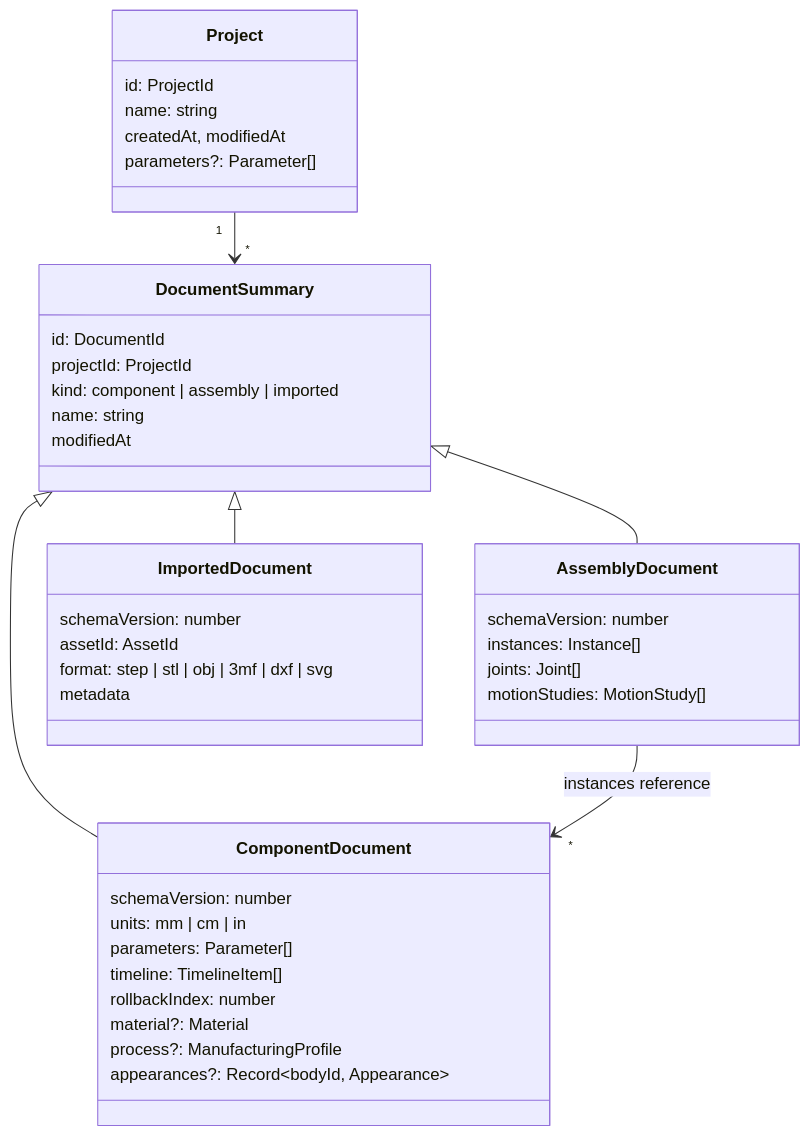
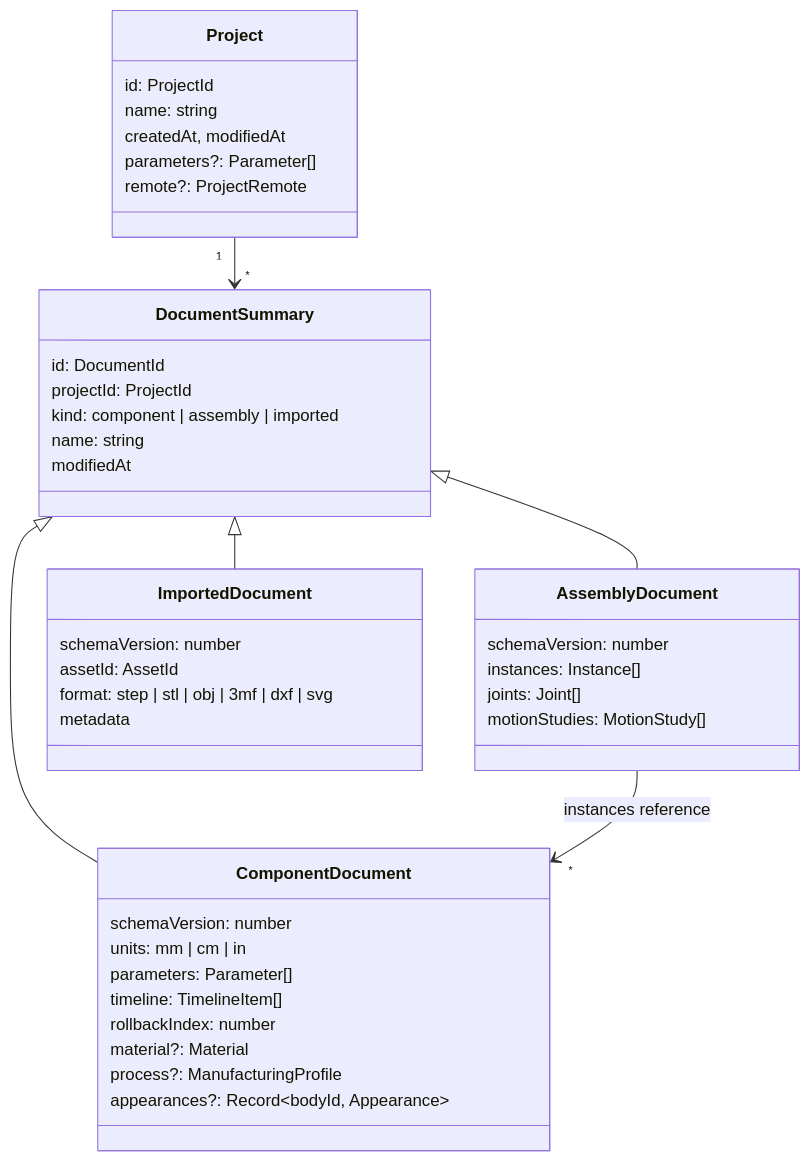
Before and after one commit to h3ll5ur7er/CADence: the diagram in docs/Architecture/Document-model.md, drawn with Mermaid. The commit also changed other lines of this file and 31 other files, not shown here.

First line of the commit message:
CAD-54: Git sync of projects: a remote per project, push, pull and per-document merges with conflict choices, open from git; Phase 13 in the wiki (guide, ADR-30)

````diff
--- a/docs/Architecture/Document-model.md
+++ b/docs/Architecture/Document-model.md
@@ -9,43 +9,44 @@
 ```mermaid
 classDiagram
   class Project {
     id: ProjectId
     name: string
     createdAt, modifiedAt
     parameters?: Parameter[]
+    remote?: ProjectRemote
   }
   class DocumentSummary {
     id: DocumentId
     projectId: ProjectId
     kind: component | assembly | imported
     name: string
     modifiedAt
   }
   class ComponentDocument {
     schemaVersion: number
     units: mm | cm | in
     parameters: Parameter[]
     timeline: TimelineItem[]
     rollbackIndex: number
     material?: Material
     process?: ManufacturingProfile
     appearances?: Record~bodyId, Appearance~
   }
   class AssemblyDocument {
     schemaVersion: number
     instances: Instance[]
     joints: Joint[]
     motionStudies: MotionStudy[]
   }
   class ImportedDocument {
     schemaVersion: number
     assetId: AssetId
     format: step | stl | obj | 3mf | dxf | svg
     metadata
   }
   Project "1" --> "*" DocumentSummary
   DocumentSummary <|-- ComponentDocument
   DocumentSummary <|-- AssemblyDocument
   DocumentSummary <|-- ImportedDocument
   AssemblyDocument --> "*" ComponentDocument : instances reference
 ```
````
